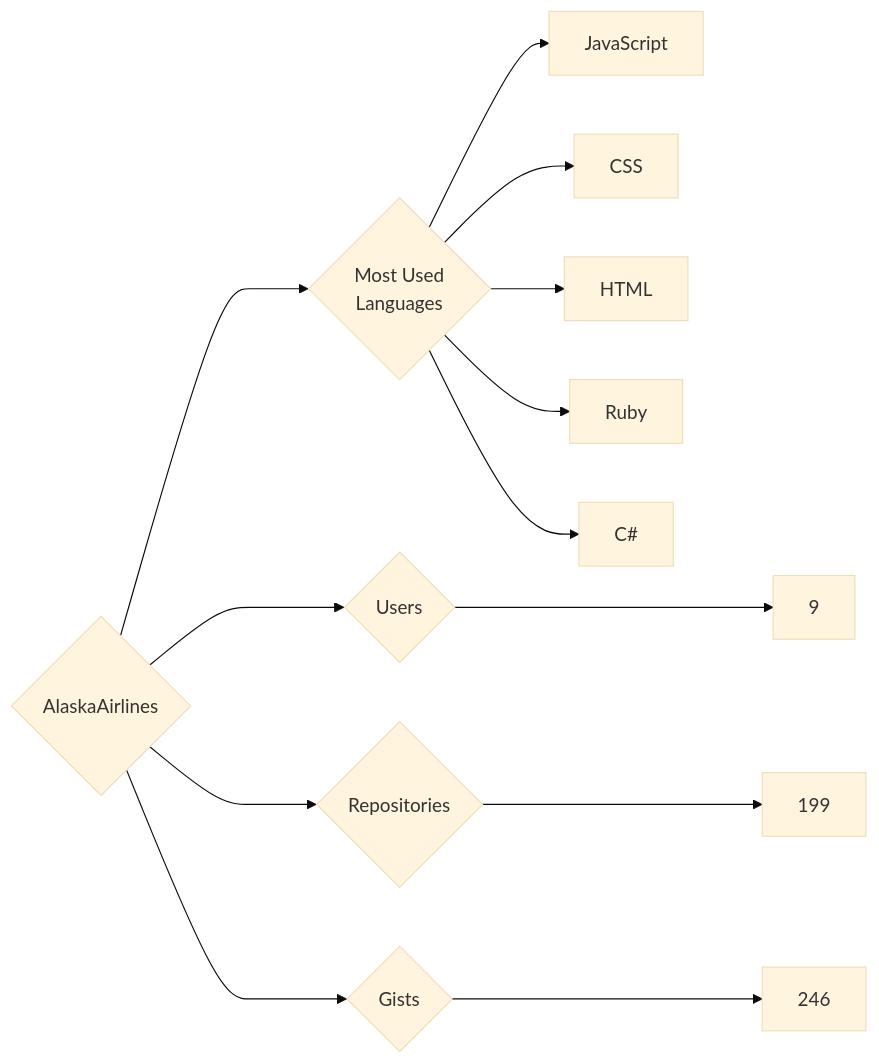
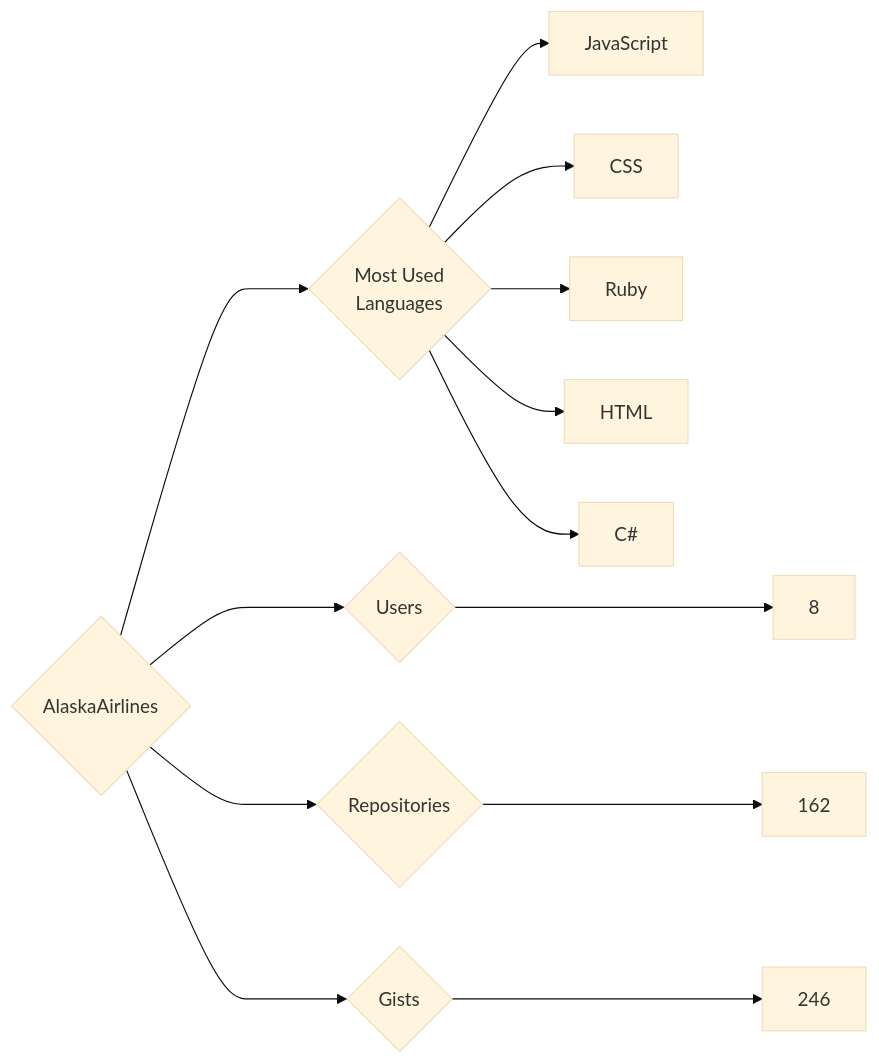
The diagram in targets/AlaskaAirlines/README.md (trickest/insiders), drawn with Mermaid (base theme) before and after one commit. The commit also changed 861 other files, not shown here.

````diff
--- a/targets/AlaskaAirlines/README.md
+++ b/targets/AlaskaAirlines/README.md
@@ -3,13 +3,13 @@
 ```mermaid
 graph LR
 COMPANY_NAME{AlaskaAirlines}
-COMPANY_NAME ---> U{Users} ---> UN[9]
-COMPANY_NAME ---> R{Repositories} ---> RN[199]
+COMPANY_NAME ---> U{Users} ---> UN[8]
+COMPANY_NAME ---> R{Repositories} ---> RN[162]
 COMPANY_NAME ---> G{Gists} ---> GN[246]
 COMPANY_NAME ---> ML{Most Used<br>Languages}
 ML --> JavaScript[JavaScript]
 ML --> CSS[CSS]
+ML --> Ruby[Ruby]
 ML --> HTML[HTML]
-ML --> Ruby[Ruby]
 ML --> C#[C#]
 ```
````
